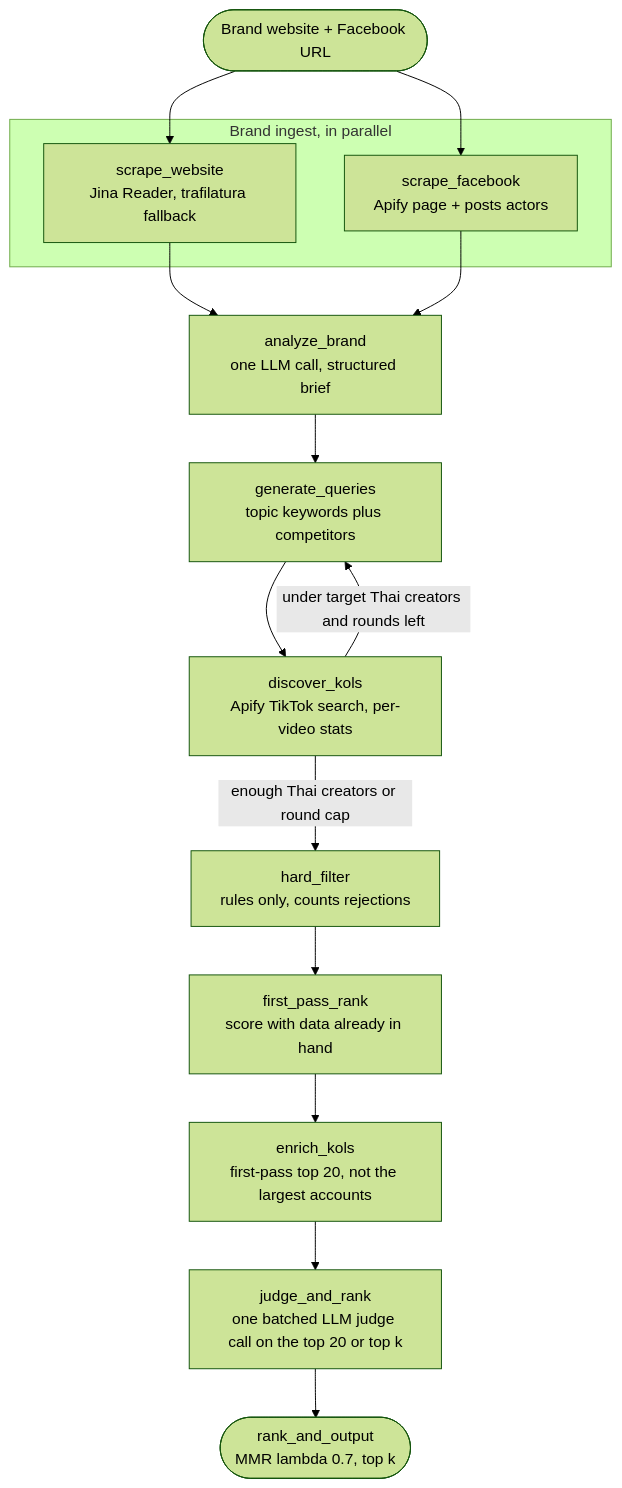
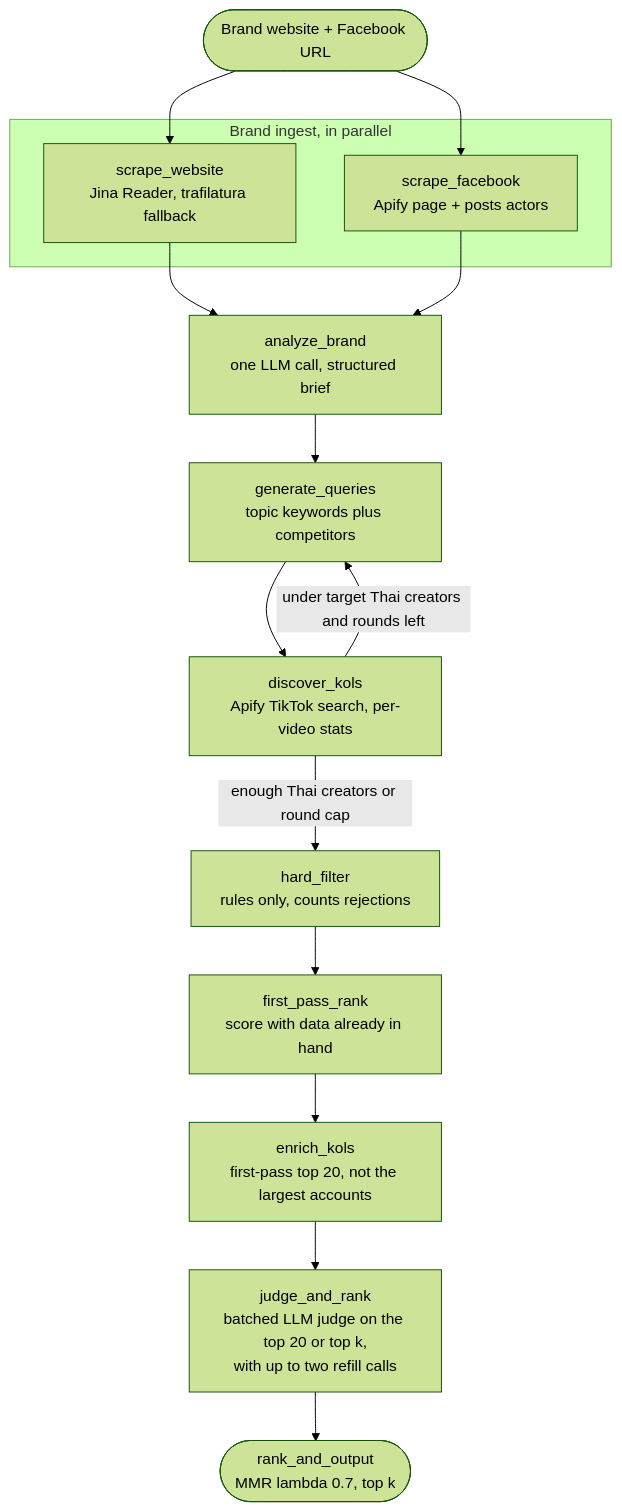
Before and after one commit to Jamessurapat26/tiktok-kol-matcher: the first of 2 diagrams in README.md, drawn with Mermaid (forest theme). The commit also changed other lines of this file and 11 other files, not shown here.

First line of the commit message:
Refill the judged group when the judge removes accounts

````diff
--- a/README.md
+++ b/README.md
@@ -226,21 +226,21 @@
 ```mermaid
 flowchart TD
     REQ([Brand website + Facebook URL]) --> W
     REQ --> F
 
     subgraph ingest [Brand ingest, in parallel]
         W["scrape_website<br/>Jina Reader, trafilatura fallback"]
         F["scrape_facebook<br/>Apify page + posts actors"]
     end
 
     W --> A["analyze_brand<br/>one LLM call, structured brief"]
     F --> A
     A --> Q["generate_queries<br/>topic keywords plus competitors"]
     Q --> D["discover_kols<br/>Apify TikTok search, per-video stats"]
     D -->|"under target Thai creators and rounds left"| Q
     D -->|"enough Thai creators or round cap"| HF["hard_filter<br/>rules only, counts rejections"]
     HF --> FP["first_pass_rank<br/>score with data already in hand"]
     FP --> E["enrich_kols<br/>first-pass top 20, not the largest accounts"]
-    E --> J["judge_and_rank<br/>one batched LLM judge call on the top 20 or top k"]
+    E --> J["judge_and_rank<br/>batched LLM judge on the top 20 or top k,<br/>with up to two refill calls"]
     J --> O(["rank_and_output<br/>MMR lambda 0.7, top k"])
 ```
````
